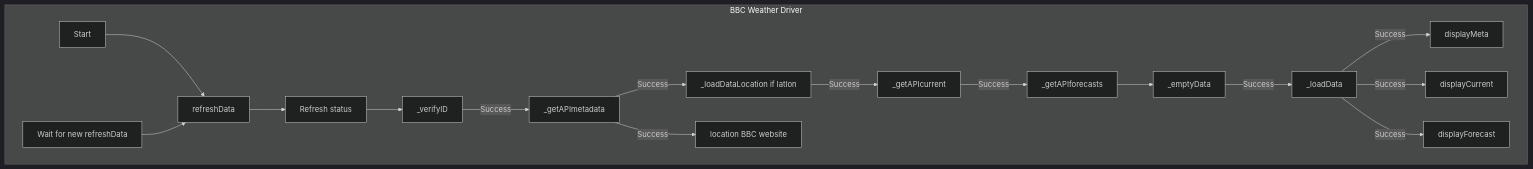
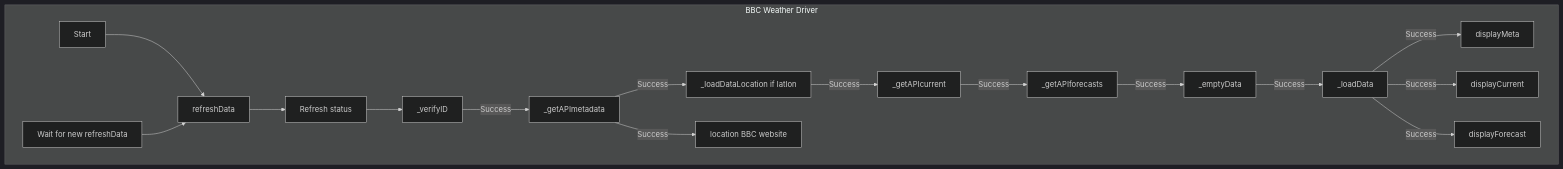
Before and after one commit to naufragoweb/weather-drivers-bbcwx-oak-wood.co.uk: the diagram in BBC/BBC_main.md, drawn with Mermaid.

Commit message:
Update BBC_main.md
Adjust strings

````diff
--- a/BBC/BBC_main.md
+++ b/BBC/BBC_main.md
@@ -3,21 +3,21 @@
 ```mermaid 
 %%{init: {'theme': 'dark', 'fontFamily': 'Arial'}}%%
 flowchart TD
   subgraph "BBC Weather Driver"
     A[Start] --> B[refreshData]
     C[Wait for new refreshData] --> B
     B --> D[Refresh status]
     D --> E[_verifyID]
     E -->|Success| F[_getAPImetadata]
     F -->|Success| G[_loadDataLocation if latlon]
     F -->|Success| H[location BBC website]
     G -->|Success| I[_getAPIcurrent]
     I -->|Success| J[_getAPIforecasts]
-    J --> K[_emptyData]
+    J -->|Success| K[_emptyData]
     K -->|Success| L[_loadData]
     L -->|Success| M[displayMeta]
     L -->|Success| N[displayCurrent]
     L -->|Success| O[displayForecast]
 end
 
 ``` 
````
